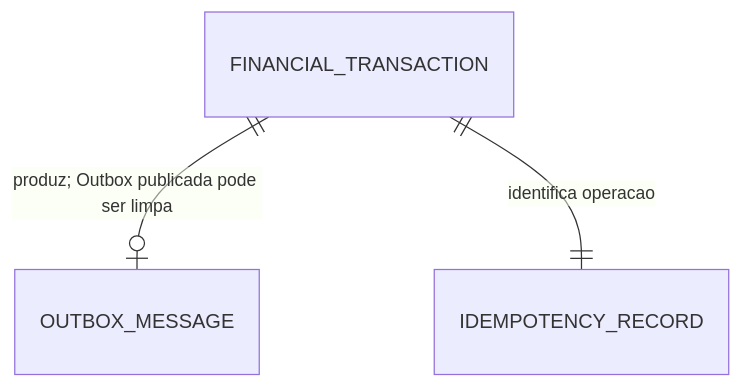
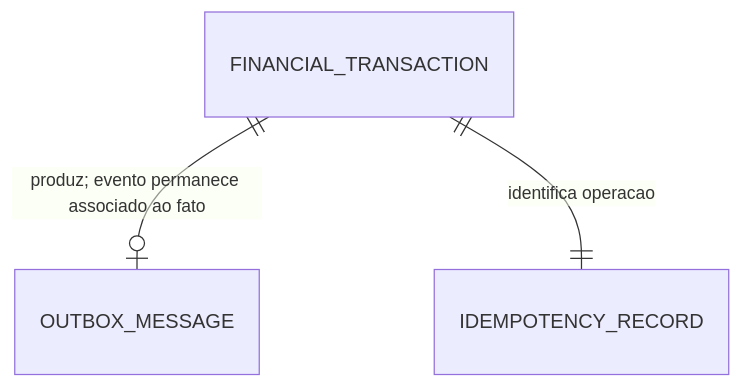
Before and after one commit to ThiagoFerraciolli/cash-flow-architecture: the diagram in docs/04-visoes/visao-dados.md, drawn with Mermaid. The commit also changed other lines of this file, not shown here.

````diff
--- a/docs/04-visoes/visao-dados.md
+++ b/docs/04-visoes/visao-dados.md
@@ -15,5 +15,5 @@
 ```mermaid
 erDiagram
-    FINANCIAL_TRANSACTION ||--o| OUTBOX_MESSAGE : "produz; Outbox publicada pode ser limpa"
+    FINANCIAL_TRANSACTION ||--o| OUTBOX_MESSAGE : "produz; evento permanece associado ao fato"
     FINANCIAL_TRANSACTION ||--|| IDEMPOTENCY_RECORD : "identifica operacao"
 ```
````
